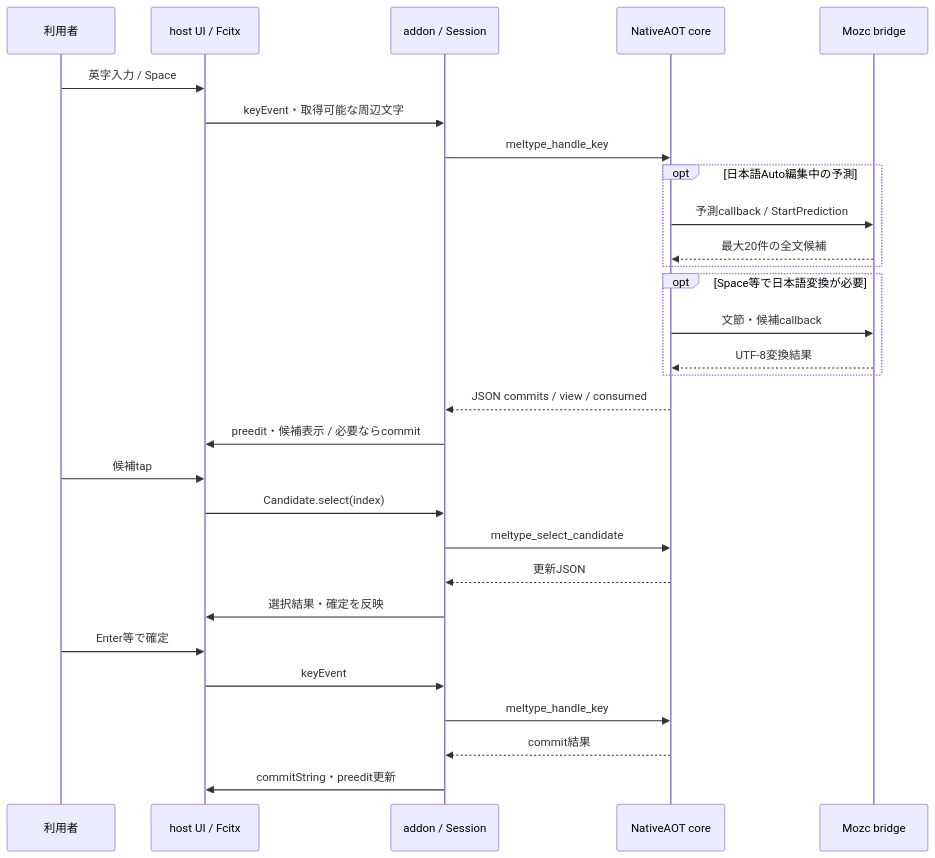
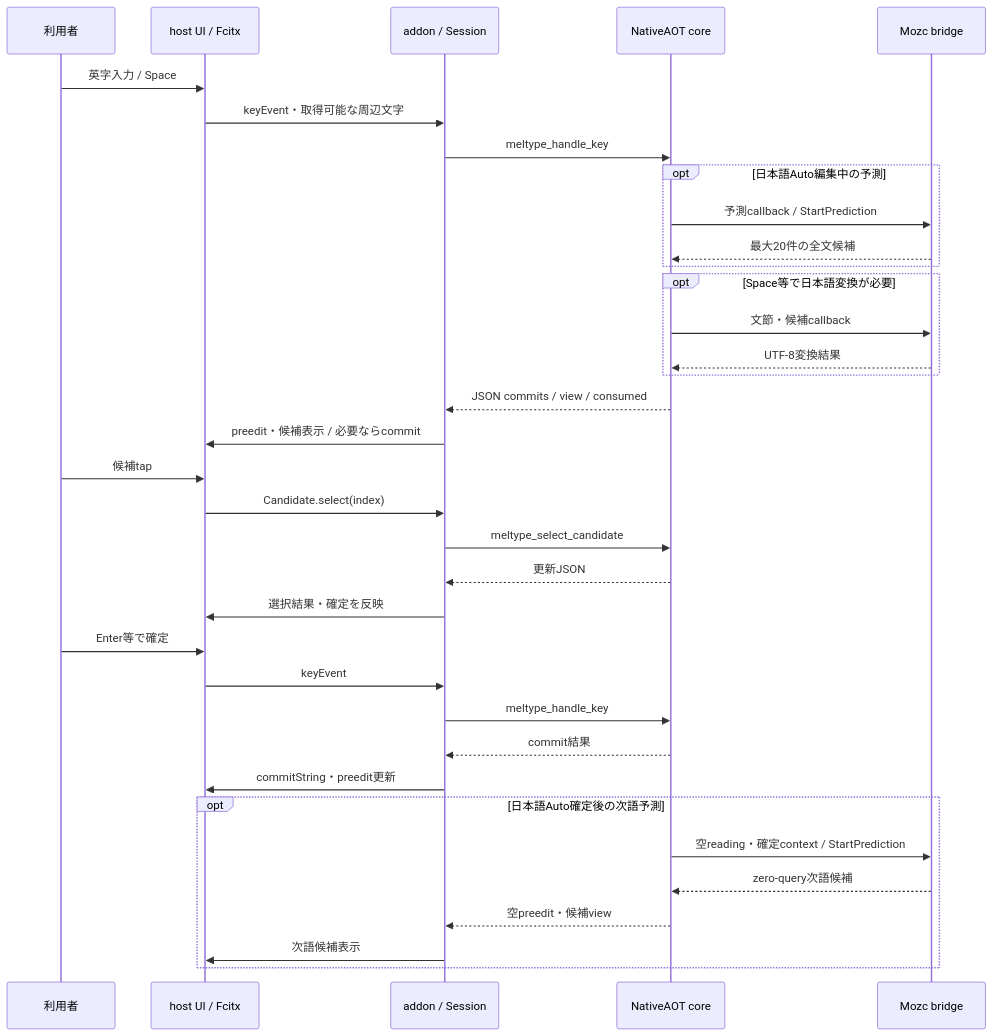
One commit to hogehonya/fcitx5-meltype changed the third of 5 diagrams in docs/ARCHITECTURE.md. Above: the diagram before and after it, drawn with Mermaid. The commit also changed other lines of this file and 13 other files, not shown here.

````diff
--- a/docs/ARCHITECTURE.md
+++ b/docs/ARCHITECTURE.md
@@ -88,32 +88,38 @@
 ```mermaid
 %%{init: {"themeVariables": {"fontFamily": "IBM Plex Sans JP"}}}%%
 sequenceDiagram
     participant U as 利用者
     participant H as host UI / Fcitx
     participant A as addon / Session
     participant C as NativeAOT core
     participant B as Mozc bridge
     U->>H: 英字入力 / Space
     H->>A: keyEvent・取得可能な周辺文字
     A->>C: meltype_handle_key
     opt 日本語Auto編集中の予測
         C->>B: 予測callback / StartPrediction
         B-->>C: 最大20件の全文候補
     end
     opt Space等で日本語変換が必要
         C->>B: 文節・候補callback
         B-->>C: UTF-8変換結果
     end
     C-->>A: JSON commits / view / consumed
     A->>H: preedit・候補表示 / 必要ならcommit
     U->>H: 候補tap
     H->>A: Candidate.select(index)
     A->>C: meltype_select_candidate
     C-->>A: 更新JSON
     A->>H: 選択結果・確定を反映
     U->>H: Enter等で確定
     H->>A: keyEvent
     A->>C: meltype_handle_key
     C-->>A: commit結果
     A->>H: commitString・preedit更新
+    opt 日本語Auto確定後の次語予測
+        C->>B: 空reading・確定context / StartPrediction
+        B-->>C: zero-query次語候補
+        C-->>A: 空preedit・候補view
+        A->>H: 次語候補表示
+    end
 ```
````
